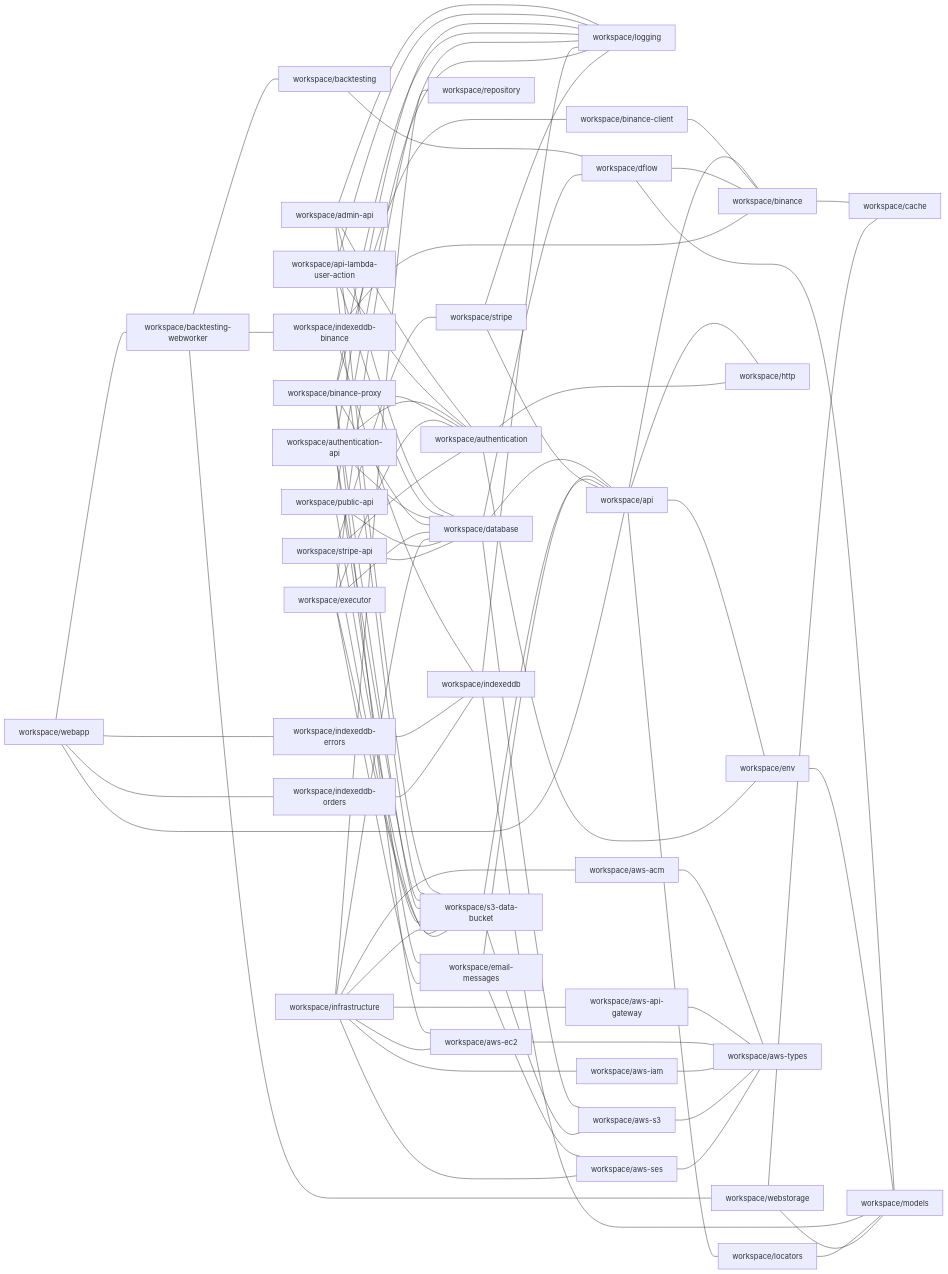
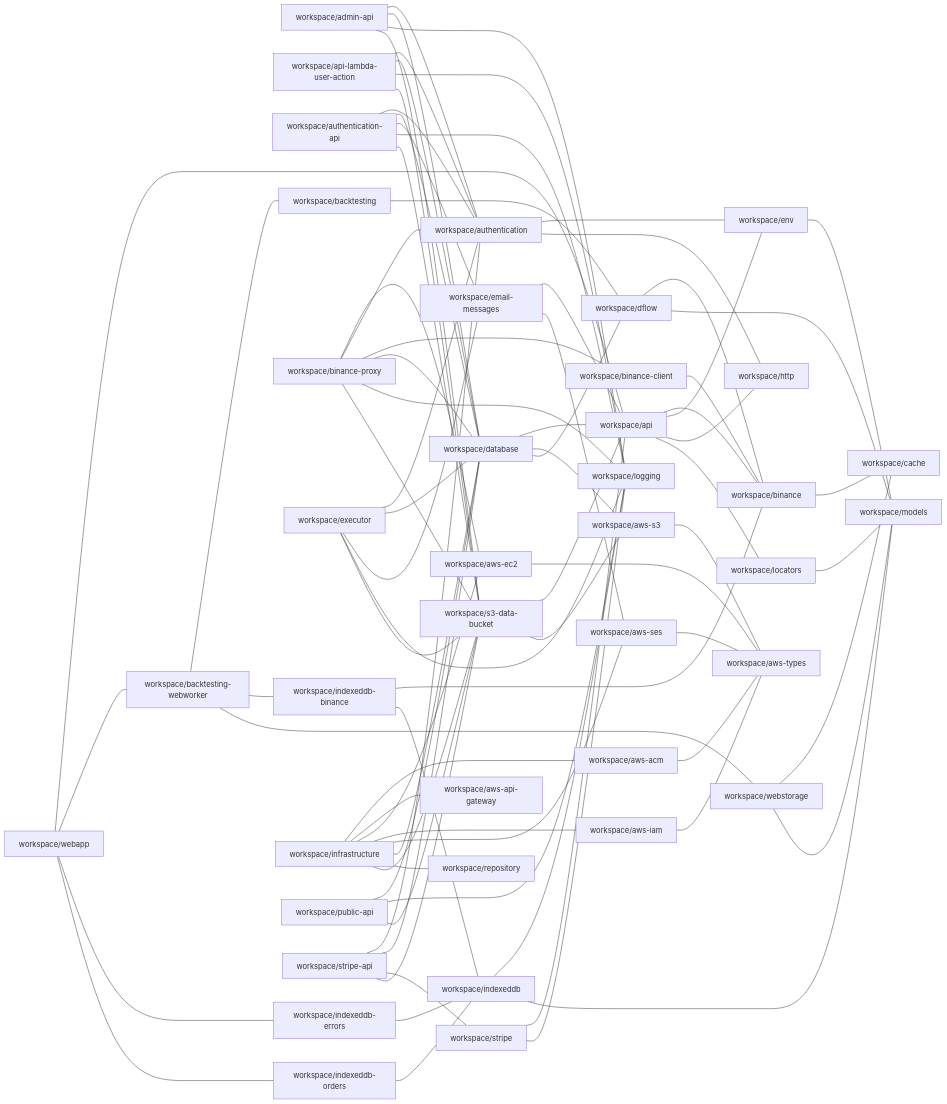
Before and after one commit to ggbot-org/ggbot: the diagram in repository/docs/npm-dependencies.md, drawn with Mermaid. The commit also changed other lines of this file and 47 other files, not shown here.

```diff
--- a/repository/docs/npm-dependencies.md
+++ b/repository/docs/npm-dependencies.md
@@ -24,7 +25,6 @@
     workspace/authentication-api --- workspace/logging
     workspace/authentication-api --- workspace/s3-data-bucket
     workspace/aws-acm --- workspace/aws-types
-    workspace/aws-api-gateway --- workspace/aws-types
     workspace/aws-ec2 --- workspace/aws-types
     workspace/aws-iam --- workspace/aws-types
     workspace/aws-s3 --- workspace/aws-types
```
